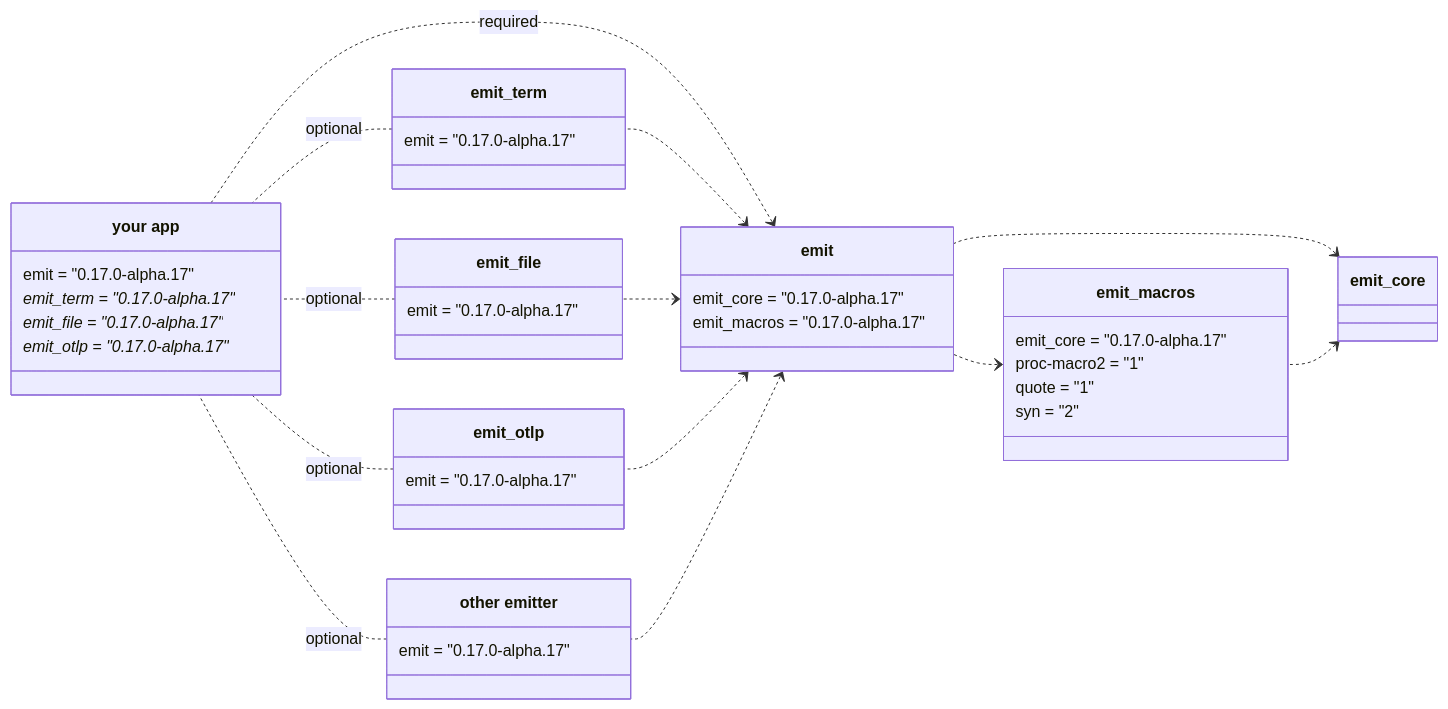
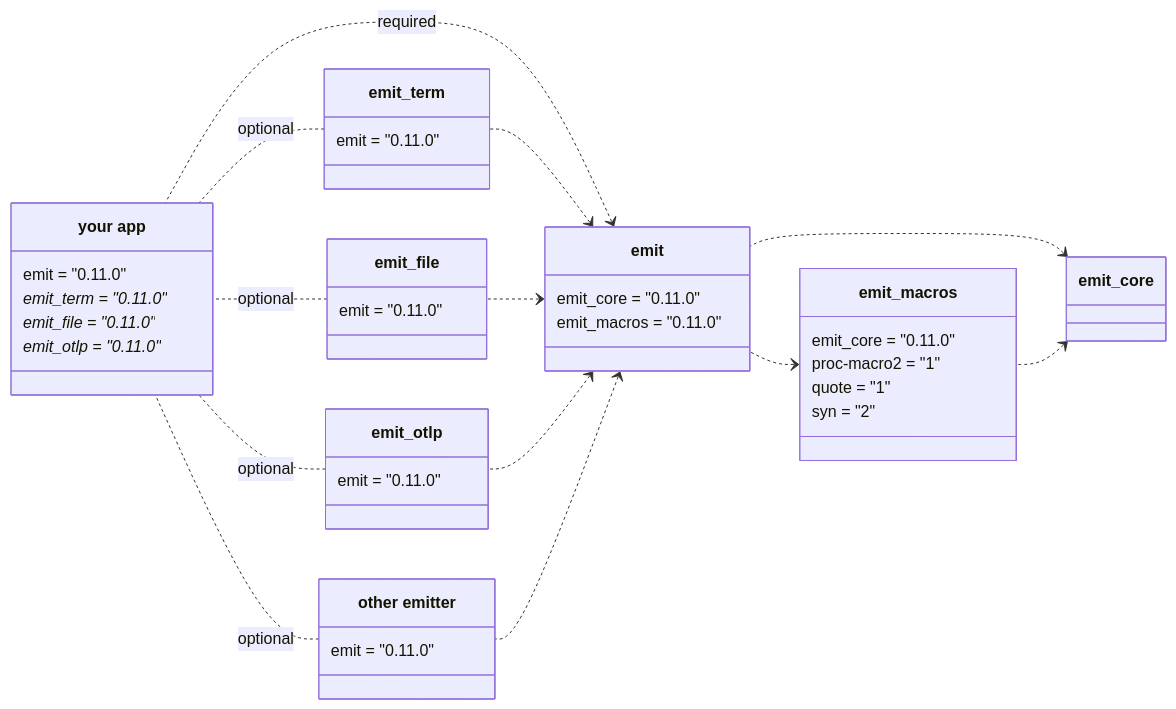
One commit to emit-rs/emit changed the first of 4 diagrams in book/src/reference/architecture.md. Above: the diagram before and after it, drawn with Mermaid. The commit also changed 9 other files, not shown here.

````diff
--- a/book/src/reference/architecture.md
+++ b/book/src/reference/architecture.md
@@ -9,62 +9,62 @@
 ```mermaid
 classDiagram
     direction RL
     
     emit_core <.. emit_macros
     emit_core <.. emit
     emit_macros <.. emit
 
     class emit_macros {
-        emit_core = "0.17.0-alpha.17"
+        emit_core = "0.11.0"
         proc-macro2 = "1"
         quote = "1"
         syn = "2"
     }
 
     emit <.. emit_term
     emit <.. emit_file
     emit <.. emit_otlp
     emit <.. emit_custom
 
     emit <.. app : required
 
     class emit {
-        emit_core = "0.17.0-alpha.17"
-        emit_macros = "0.17.0-alpha.17"
+        emit_core = "0.11.0"
+        emit_macros = "0.11.0"
     }
 
     emit_term .. app : optional
     emit_file .. app : optional
     emit_otlp .. app : optional
     emit_custom .. app : optional
 
     class emit_term {
-        emit = "0.17.0-alpha.17"
+        emit = "0.11.0"
     }
 
     class emit_file {
-        emit = "0.17.0-alpha.17"
+        emit = "0.11.0"
     }
 
     class emit_otlp {
-        emit = "0.17.0-alpha.17"
+        emit = "0.11.0"
     }
 
     class emit_custom["other emitter"] {
-        emit = "0.17.0-alpha.17"
+        emit = "0.11.0"
     }
 
     class app["your app"] {
-        emit = "0.17.0-alpha.17"
-        emit_term = "0.17.0-alpha.17"*
-        emit_file = "0.17.0-alpha.17"*
-        emit_otlp = "0.17.0-alpha.17"*
+        emit = "0.11.0"
+        emit_term = "0.11.0"*
+        emit_file = "0.11.0"*
+        emit_otlp = "0.11.0"*
     }
 
     click emit_core href "https://docs.rs/emit_core/0.11.0/emit_core/index.html"
     click emit_macros href "https://docs.rs/emit_macros/0.11.0/emit_macros/index.html"
     click emit href "https://docs.rs/emit/0.11.0/emit/index.html"
     click emit_term href "https://docs.rs/emit_term/0.11.0/emit_term/index.html"
     click emit_file href "https://docs.rs/emit_file/0.11.0/emit_file/index.html"
     click emit_otlp href "https://docs.rs/emit_otlp/0.11.0/emit_otlp/index.html"
 ```
````
